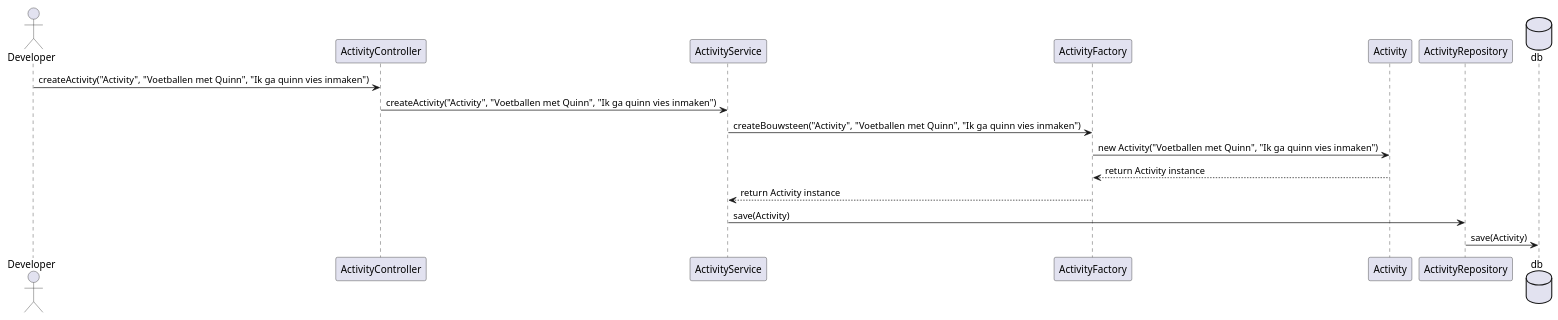
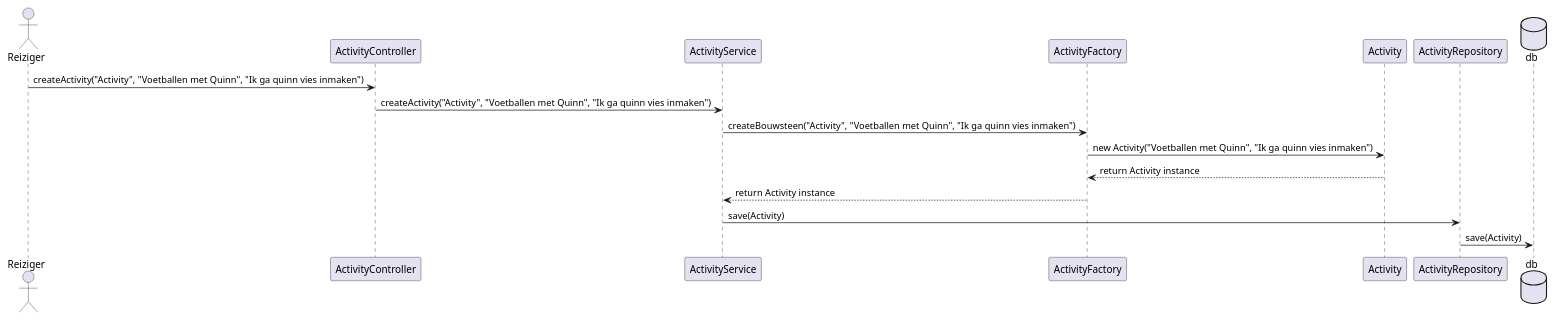
The diagram in Safa/Diagrammen/SafaSequenceDiagram.puml (AIM-ENE-feb25/triptop-sqr-tech), drawn with PlantUML before and after one commit. The commit also changed 2 other files, not shown here.

```diff
--- a/Safa/Diagrammen/SafaSequenceDiagram.puml
+++ b/Safa/Diagrammen/SafaSequenceDiagram.puml
@@ -1,16 +1,16 @@
 @startuml
-actor Developer
+actor Reiziger
 
-Developer -> ActivityController : createActivity("Activity", "Voetballen met Quinn", "Ik ga quinn vies inmaken")
+Reiziger -> ActivityController : createActivity("Activity", "Voetballen met Quinn", "Ik ga quinn vies inmaken")
 ActivityController -> ActivityService : createActivity("Activity", "Voetballen met Quinn", "Ik ga quinn vies inmaken")
 ActivityService -> ActivityFactory : createBouwsteen("Activity", "Voetballen met Quinn", "Ik ga quinn vies inmaken")
 ActivityFactory -> Activity : new Activity("Voetballen met Quinn", "Ik ga quinn vies inmaken")
 
 Activity --> ActivityFactory : return Activity instance
 ActivityFactory --> ActivityService : return Activity instance
 ActivityService -> ActivityRepository : save(Activity)
 
 database db
 ActivityRepository -> db : save(Activity)
 
 @enduml
```
